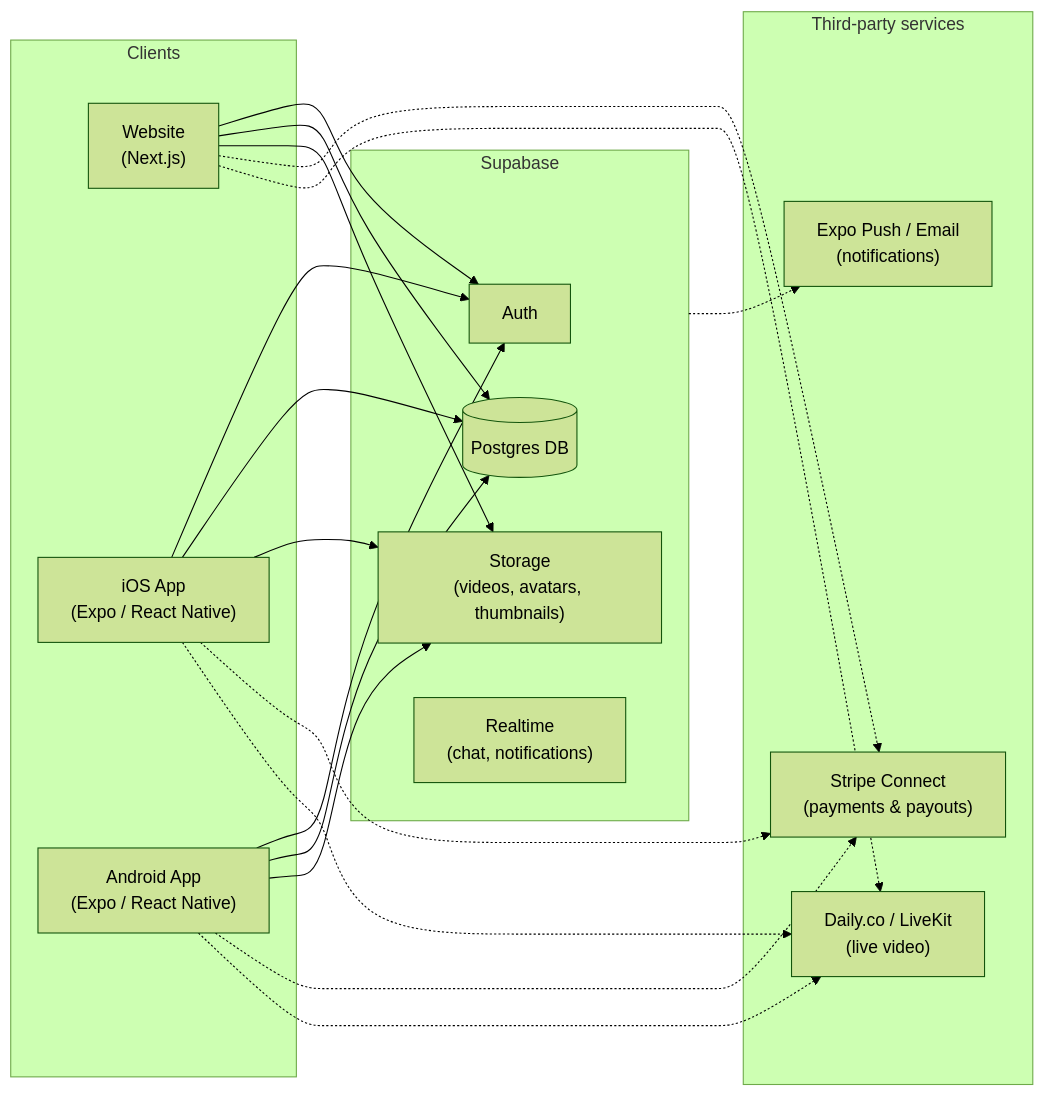
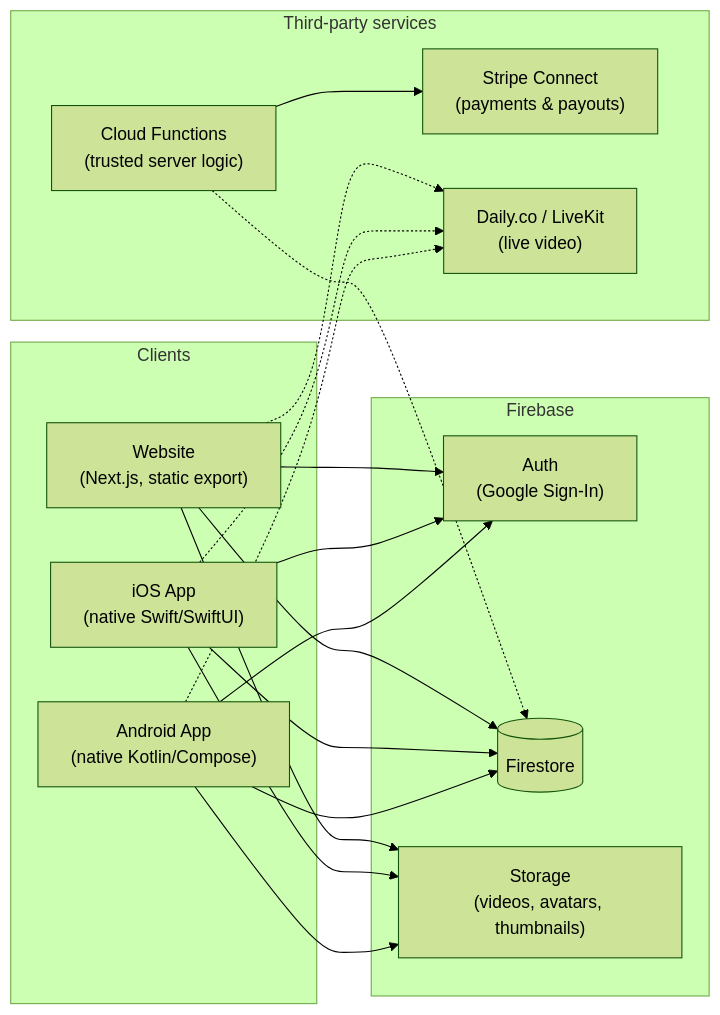
One commit to AdityaJainDXB/PeerScholar changed the diagram in docs/ARCHITECTURE.md. Above: the diagram before and after it, drawn with Mermaid (forest theme). The commit also changed other lines of this file and 51 other files, not shown here.

Commit message:
Switch to Firebase + Google Sign-In, add native iOS and Android apps, redesign web UI, add GitHub Pages hosting

````diff
--- a/docs/ARCHITECTURE.md
+++ b/docs/ARCHITECTURE.md
@@ -5,41 +5,37 @@
 ```mermaid
 flowchart LR
     subgraph Clients
-        Web["Website\n(Next.js)"]
-        iOS["iOS App\n(Expo / React Native)"]
-        Android["Android App\n(Expo / React Native)"]
+        Web["Website\n(Next.js, static export)"]
+        iOS["iOS App\n(native Swift/SwiftUI)"]
+        Android["Android App\n(native Kotlin/Compose)"]
     end
 
-    subgraph Backend["Supabase"]
-        Auth["Auth"]
-        DB[("Postgres DB")]
+    subgraph Backend["Firebase"]
+        Auth["Auth\n(Google Sign-In)"]
+        DB[("Firestore")]
         Storage["Storage\n(videos, avatars, thumbnails)"]
-        Realtime["Realtime\n(chat, notifications)"]
     end
 
     subgraph ThirdParty["Third-party services"]
         Stripe["Stripe Connect\n(payments & payouts)"]
         Video["Daily.co / LiveKit\n(live video)"]
-        Push["Expo Push / Email\n(notifications)"]
+        Functions["Cloud Functions\n(trusted server logic)"]
     end
 
     Web --> Auth
     Web --> DB
     Web --> Storage
     iOS --> Auth
     iOS --> DB
     iOS --> Storage
     Android --> Auth
     Android --> DB
     Android --> Storage
 
-    Web -.-> Stripe
-    iOS -.-> Stripe
-    Android -.-> Stripe
+    Functions --> Stripe
+    Functions -.-> DB
 
     Web -.-> Video
     iOS -.-> Video
     Android -.-> Video
-
-    Backend -.-> Push
 ```
````
